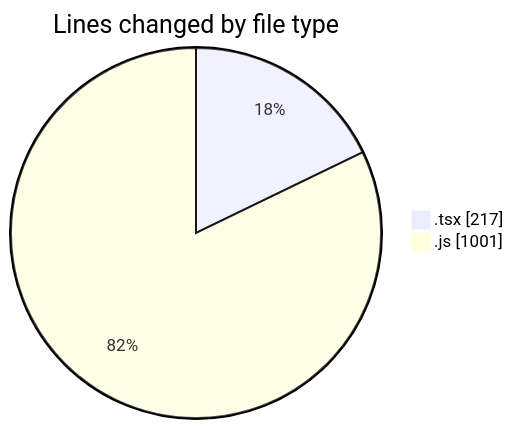
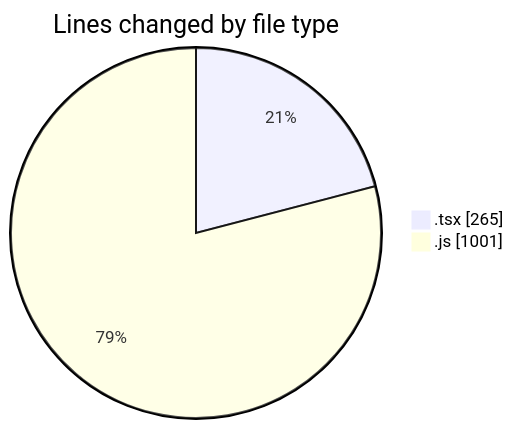
One commit to momahboobian/code-tracking changed the first of 2 diagrams in 2026-04-09/cda/README.md. Above: the diagram before and after it, drawn with Mermaid. The commit also changed other lines of this file and 1 other file, not shown here.

````diff
--- a/2026-04-09/cda/README.md
+++ b/2026-04-09/cda/README.md
@@ -23,6 +24,6 @@
 ```mermaid
 pie showData
 title Lines changed by file type
-".tsx" : 217
+".tsx" : 265
 ".js" : 1001
 ```
````
